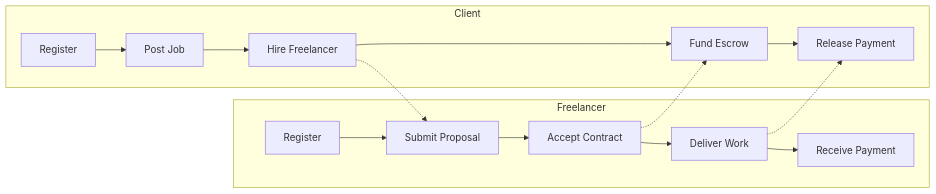
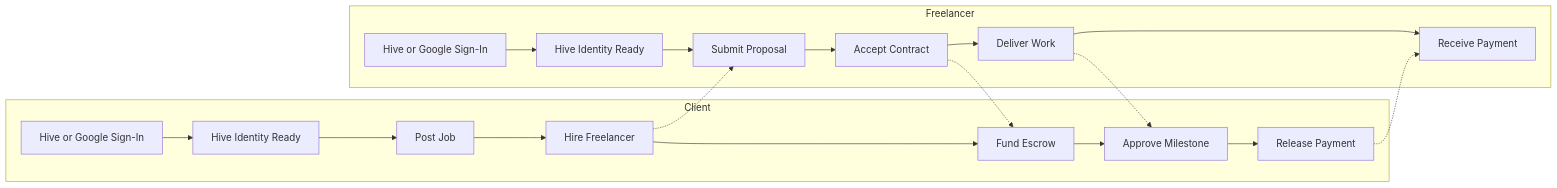
One commit to hdev-core/hive-freelance changed the diagram in Docs/[01] Product_Scope_User_flow/[01] Product_Scope_and_User_Flows.md. Above: the diagram before and after it, drawn with Mermaid. The commit also changed other lines of this file, not shown here.

````diff
--- a/Docs/[01] Product_Scope_User_flow/[01] Product_Scope_and_User_Flows.md
+++ b/Docs/[01] Product_Scope_User_flow/[01] Product_Scope_and_User_Flows.md
@@ -143,20 +168,24 @@
 ```mermaid
 flowchart LR
     subgraph Client
-        C1[Register] --> C2[Post Job]
-        C2 --> C3[Hire Freelancer]
-        C3 --> C4[Fund Escrow]
-        C4 --> C5[Release Payment]
+        C1[Hive or Google Sign-In] --> C2[Hive Identity Ready]
+        C2 --> C3[Post Job]
+        C3 --> C4[Hire Freelancer]
+        C4 --> C5[Fund Escrow]
+        C5 --> C6[Approve Milestone]
+        C6 --> C7[Release Payment]
     end
 
     subgraph Freelancer
-        F1[Register] --> F2[Submit Proposal]
-        F2 --> F3[Accept Contract]
-        F3 --> F4[Deliver Work]
-        F4 --> F5[Receive Payment]
+        F1[Hive or Google Sign-In] --> F2[Hive Identity Ready]
+        F2 --> F3[Submit Proposal]
+        F3 --> F4[Accept Contract]
+        F4 --> F5[Deliver Work]
+        F5 --> F6[Receive Payment]
     end
 
-    C3 -.-> F2
-    F3 -.-> C4
+    C4 -.-> F3
     F4 -.-> C5
+    F5 -.-> C6
+    C7 -.-> F6
 ```
````
